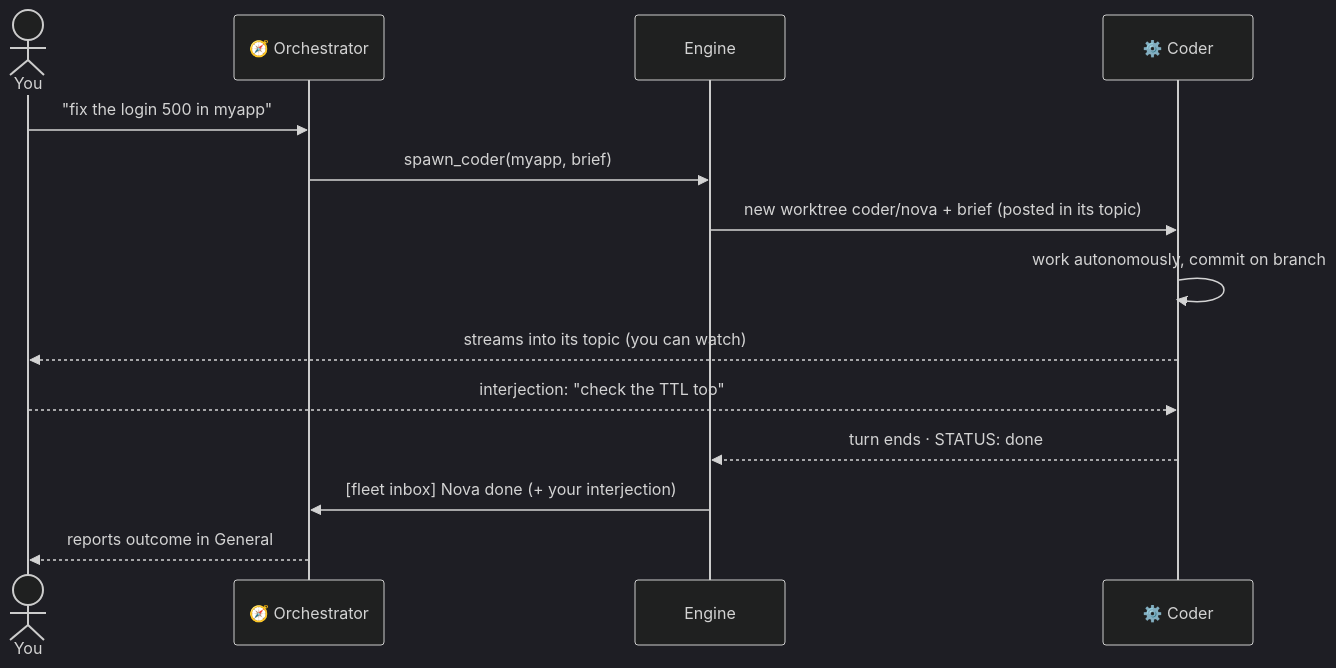
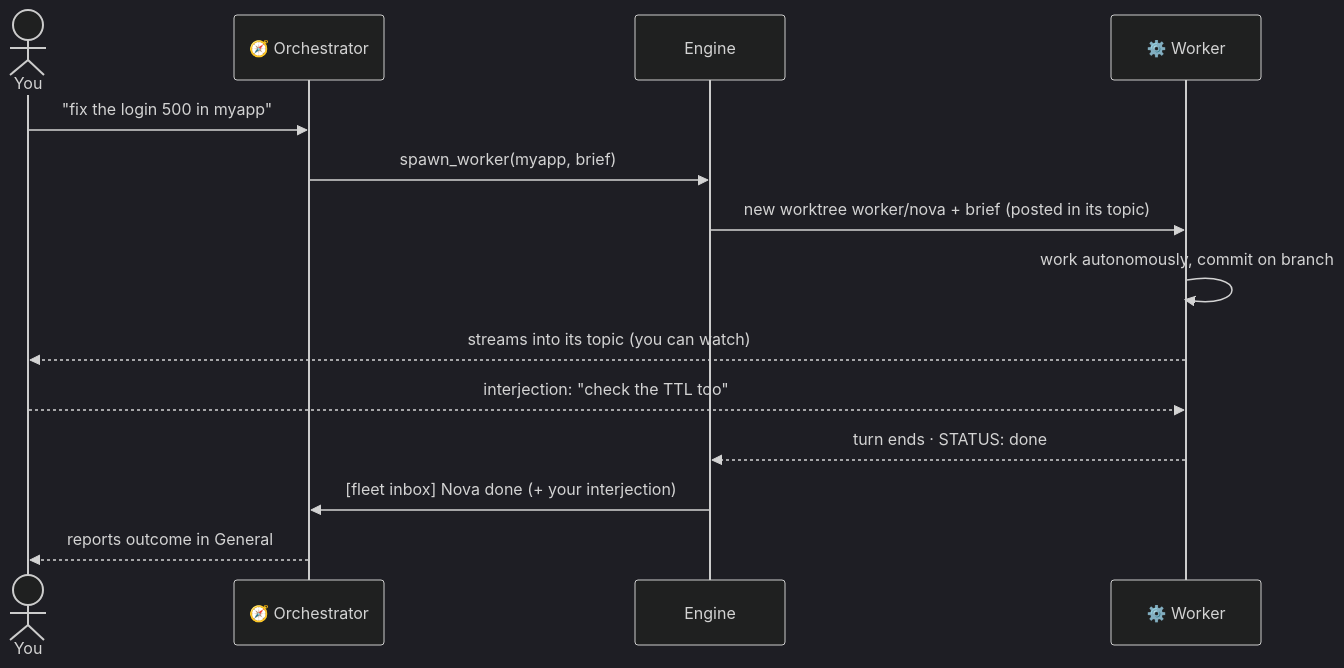
Before and after one commit to Dri-water/be-a-boss: the third of 3 diagrams in README.md, drawn with Mermaid (dark theme). The commit also changed other lines of this file and 20 other files, not shown here.

````diff
--- a/README.md
+++ b/README.md
@@ -83,16 +101,16 @@
 ```mermaid
 sequenceDiagram
     actor You
     participant O as 🧭 Orchestrator
     participant E as Engine
-    participant C as ⚙️ Coder
+    participant C as ⚙️ Worker
     You->>O: "fix the login 500 in myapp"
-    O->>E: spawn_coder(myapp, brief)
-    E->>C: new worktree coder/nova + brief (posted in its topic)
+    O->>E: spawn_worker(myapp, brief)
+    E->>C: new worktree worker/nova + brief (posted in its topic)
     C->>C: work autonomously, commit on branch
     C-->>You: streams into its topic (you can watch)
     You-->>C: interjection: "check the TTL too"
     C-->>E: turn ends · STATUS: done
     E->>O: [fleet inbox] Nova done (+ your interjection)
     O-->>You: reports outcome in General
 ```
````
